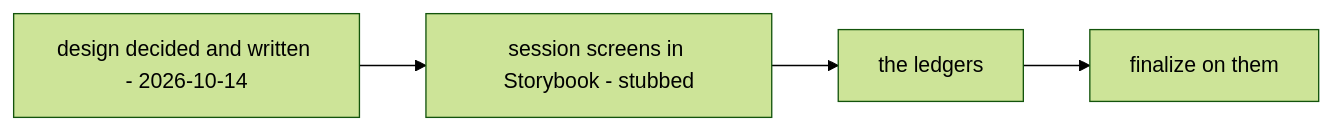
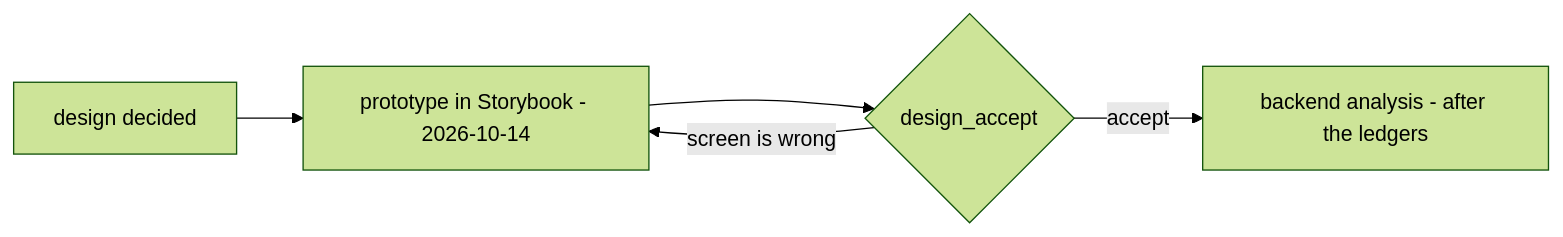
Before and after one commit to pdcgo/warehouse_revamp: the diagram in docs/development_state/inventory/opname.md, drawn with Mermaid (forest theme). The commit also changed other lines of this file and 36 other files, not shown here.

First line of the commit message:
feat(opname): the stock count prototype for design_accept

````diff
--- a/docs/development_state/inventory/opname.md
+++ b/docs/development_state/inventory/opname.md
@@ -13,6 +18,7 @@
 ```mermaid
 flowchart LR
-  A["design decided and written - 2026-10-14"] --> S["session screens in Storybook - stubbed"]
-  S --> L["the ledgers"]
-  L --> F["finalize on them"]
+  A["design decided"] --> P["prototype in Storybook - 2026-10-14"]
+  P --> D{"design_accept"}
+  D -->|"screen is wrong"| P
+  D -->|"accept"| B["backend analysis - after the ledgers"]
 ```
````
